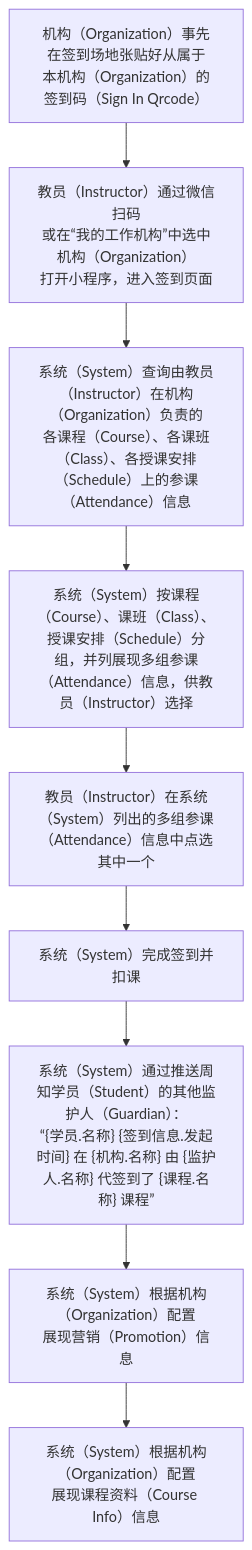
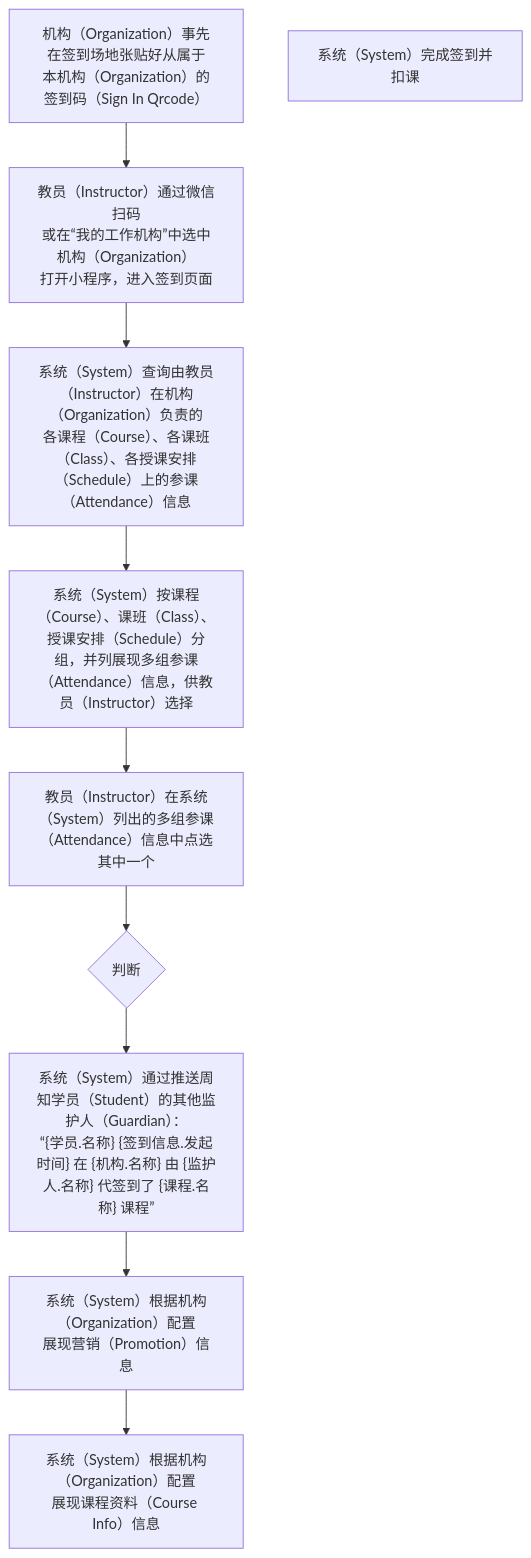
One commit to world-wide-web/sign changed the third of 3 diagrams in 用例/签到.md. Above: the diagram before and after it, drawn with Mermaid. The commit also changed other lines of this file, not shown here.

````diff
--- a/用例/签到.md
+++ b/用例/签到.md
@@ -81,21 +81,21 @@
 ```mermaid
 graph TD
 A["<center>机构（Organization）事先在签到场地张贴好从属于<br>本机构（Organization）的签到码（Sign In Qrcode）</center>"]
 B["<center>教员（Instructor）通过微信扫码<br>或在“我的工作机构”中选中机构（Organization）<br>打开小程序，进入签到页面</center>"]
 C["<center>系统（System）查询由教员（Instructor）在机构（Organization）负责的<br>各课程（Course）、各课班（Class）、各授课安排（Schedule）上的参课（Attendance）信息"]
 D["<center>系统（System）按课程（Course）、课班（Class）、授课安排（Schedule）分组，并列展现多组参课（Attendance）信息，供教员（Instructor）选择</center>"]
 E["<center>教员（Instructor）在系统（System）列出的多组参课（Attendance）信息中点选其中一个</center>"]
-F{"<center>pan'du</center>"}
-F["<center>系统（System）完成签到并扣课</center>"]
+F{"<center>判断</center>"}
+F1["<center>系统（System）完成签到并扣课</center>"]
 G["<center>系统（System）通过推送周知学员（Student）的其他监护人（Guardian）：<br>“{学员.名称} {签到信息.发起时间} 在 {机构.名称} 由 {监护人.名称} 代签到了 {课程.名称} 课程”</center>"]
 H["<center>系统（System）根据机构（Organization）配置<br>展现营销（Promotion）信息</center>"]
 I["<center>系统（System）根据机构（Organization）配置<br>展现课程资料（Course Info）信息</center>"]
 A-->B
 B-->C
 C-->D
 D-->E
 E-->F
 F-->G
 G-->H
 H-->I
 ```
````
